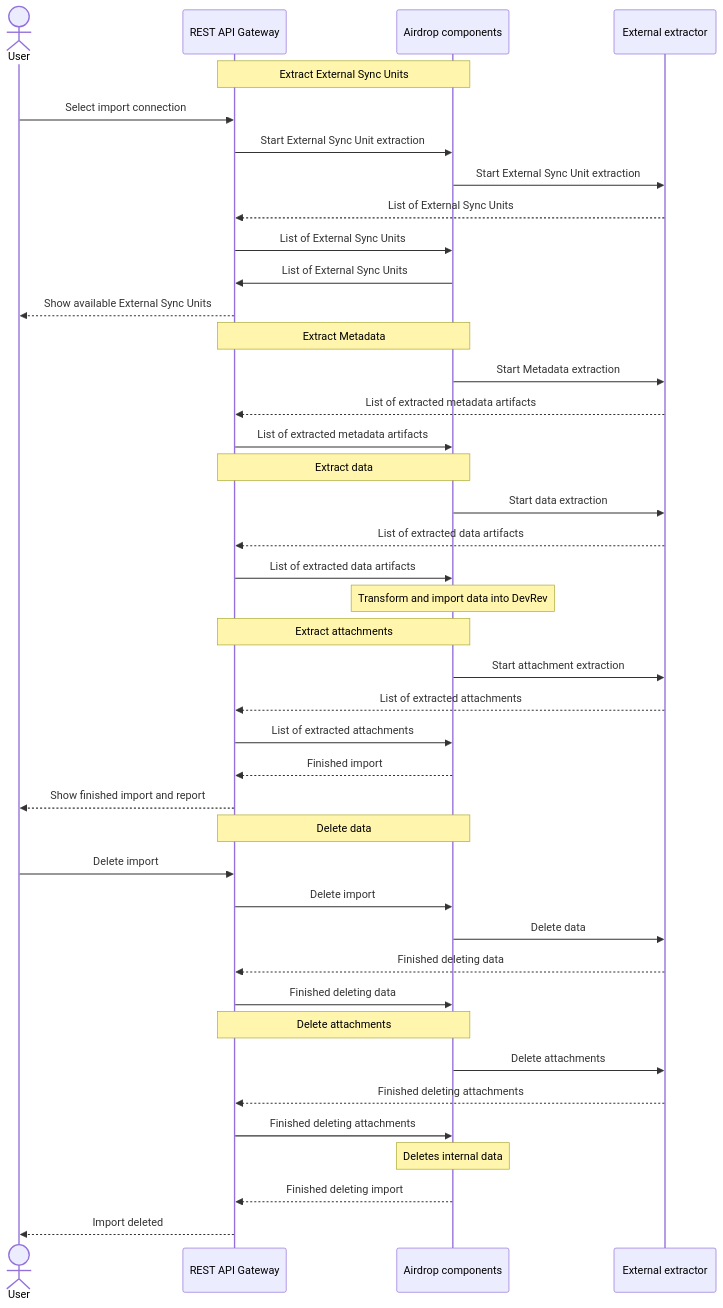
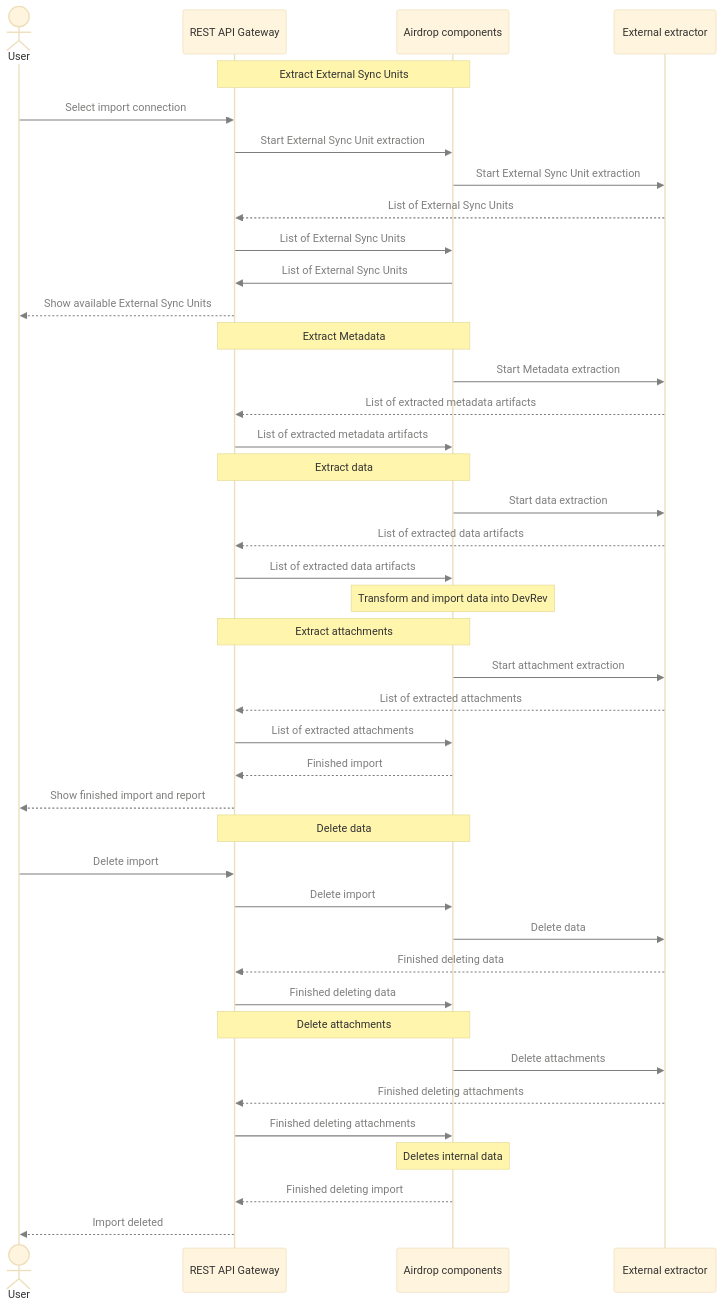
One commit to devrev/fern-api-docs changed the diagram in fern/docs/pages/adaas/extraction-phases.mdx. Above: the diagram before and after it, drawn with Mermaid. The commit also changed 4 other files, not shown here.

````diff
--- a/fern/docs/pages/adaas/extraction-phases.mdx
+++ b/fern/docs/pages/adaas/extraction-phases.mdx
@@ -8,53 +8,59 @@
 ```mermaid
 sequenceDiagram
-%%{init: { "fontFamily": "Segoe UI" } }%%
+%%{init: {
+    'theme': 'base',
+    'themeVariables': {
+        'fontFamily': 'Segoe UI',
+        'signalColor': '#7d7f7c',
+        'signalTextColor': '#7d7f7c'
+}}}%%
   actor user as User
   participant gw as REST API Gateway
   participant ad as Airdrop components
   participant ee as External extractor
 
 	note over gw,ad: Extract External Sync Units
 	user ->> gw: Select import connection
 	gw ->> ad: Start External Sync Unit extraction
 	ad ->> ee: Start External Sync Unit extraction
 	ee -->> gw: List of External Sync Units
 	gw ->> ad: List of External Sync Units
 	ad ->> gw: List of External Sync Units
 	gw -->> user: Show available External Sync Units
 
 
 	note over gw,ad: Extract Metadata
 	ad ->> ee: Start Metadata extraction
 	ee -->> gw: List of extracted metadata artifacts
 	gw ->> ad: List of extracted metadata artifacts
 
 	note over gw,ad: Extract data
 	ad ->> ee: Start data extraction
 	ee -->> gw: List of extracted data artifacts
 	gw ->> ad: List of extracted data artifacts
 
 	note over ad: Transform and import data into DevRev
 
 	note over gw,ad: Extract attachments
 	ad ->> ee: Start attachment extraction
 	ee -->> gw: List of extracted attachments
 	gw ->> ad: List of extracted attachments
 
 	ad -->> gw: Finished import
 	gw -->> user: Show finished import and report
 
 	note over gw,ad: Delete data
 	user ->> gw: Delete import
 	gw ->> ad: Delete import
 	ad ->> ee: Delete data
 	ee -->> gw: Finished deleting data
 	gw ->> ad: Finished deleting data
 
 	note over gw,ad: Delete attachments
 	ad ->> ee: Delete attachments
 	ee -->> gw: Finished deleting attachments
 	gw ->> ad: Finished deleting attachments
 	note over ad: Deletes internal data
 	ad -->> gw: Finished deleting import
 	gw -->> user: Import deleted
 ```
````
